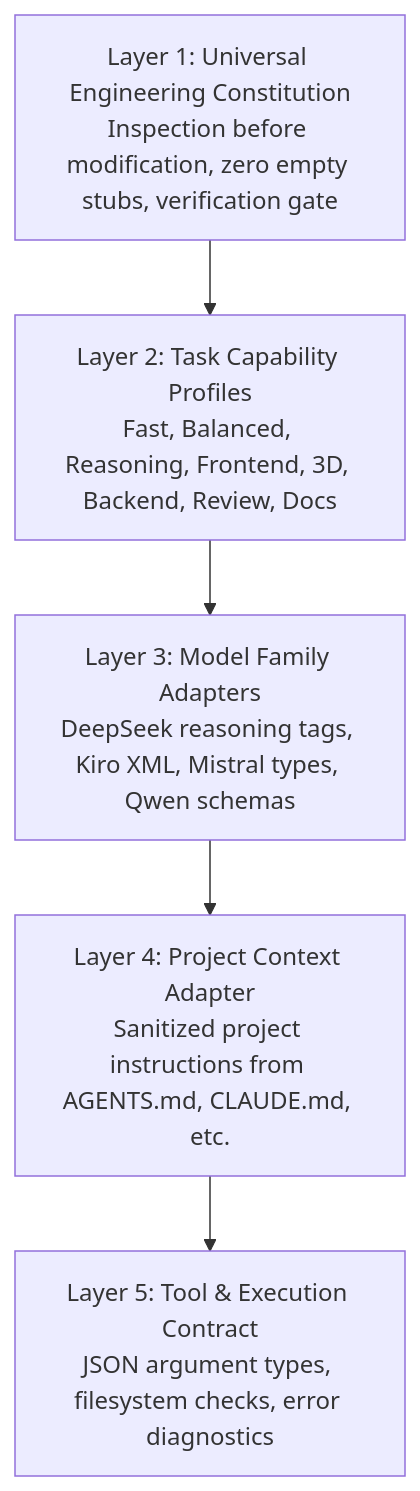
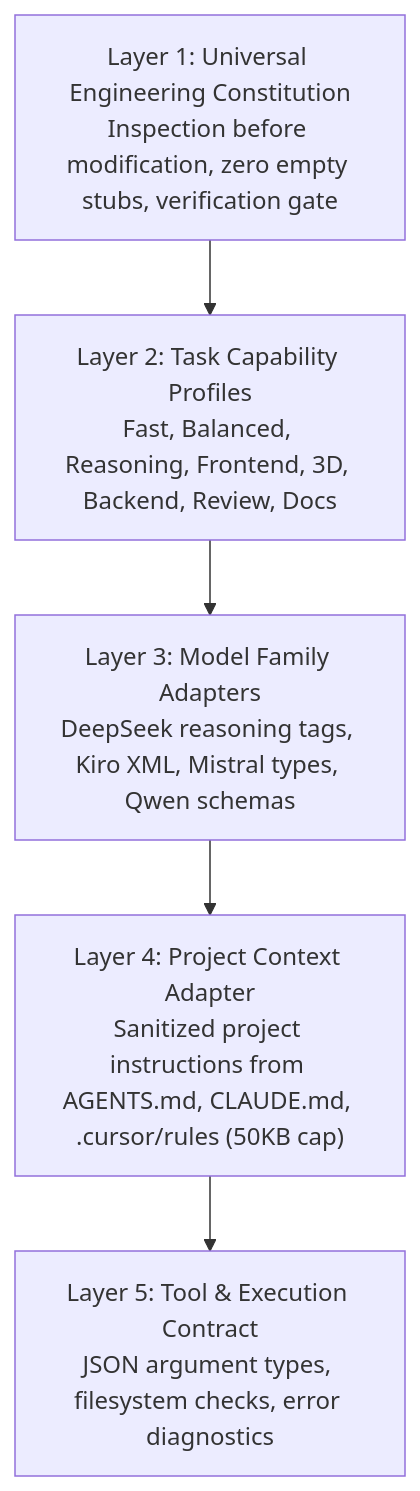
One commit to mahik504/limitless-claude changed the third of 3 diagrams in README.md. Above: the diagram before and after it, drawn with Mermaid. The commit also changed other lines of this file and 22 other files, not shown here.

Commit message:
feat(release): Limitless Claude 8.3.0 — Architectural Hardening, P0 Security Fixes, and Policy Plane Realignment

````diff
--- a/README.md
+++ b/README.md
@@ -121,8 +110,8 @@
 ```mermaid
 flowchart TD
     L1["Layer 1: Universal Engineering Constitution<br/>Inspection before modification, zero empty stubs, verification gate"] --> L2
     L2["Layer 2: Task Capability Profiles<br/>Fast, Balanced, Reasoning, Frontend, 3D, Backend, Review, Docs"] --> L3
     L3["Layer 3: Model Family Adapters<br/>DeepSeek reasoning tags, Kiro XML, Mistral types, Qwen schemas"] --> L4
-    L4["Layer 4: Project Context Adapter<br/>Sanitized project instructions from AGENTS.md, CLAUDE.md, etc."] --> L5
+    L4["Layer 4: Project Context Adapter<br/>Sanitized project instructions from AGENTS.md, CLAUDE.md, .cursor/rules (50KB cap)"] --> L5
     L5["Layer 5: Tool & Execution Contract<br/>JSON argument types, filesystem checks, error diagnostics"]
 ```
````
